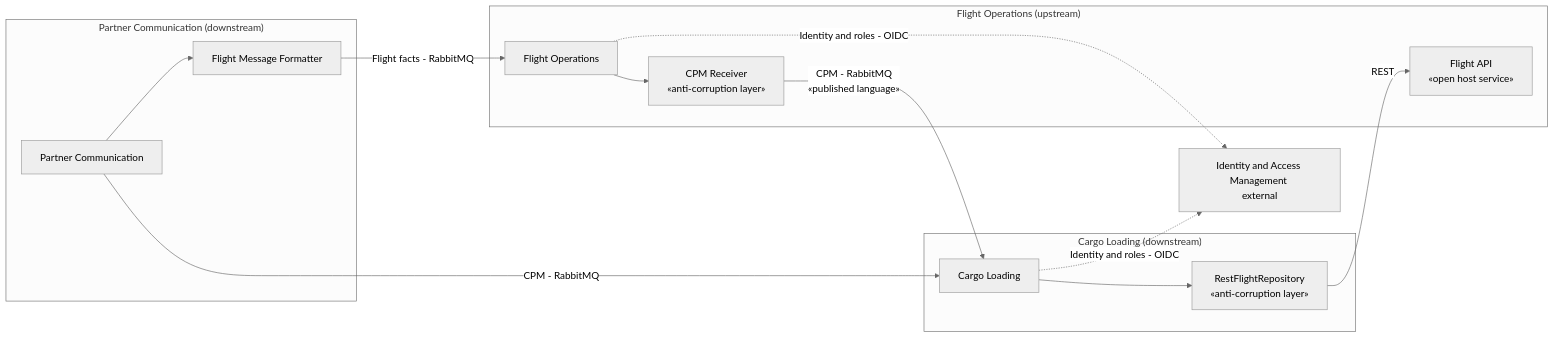
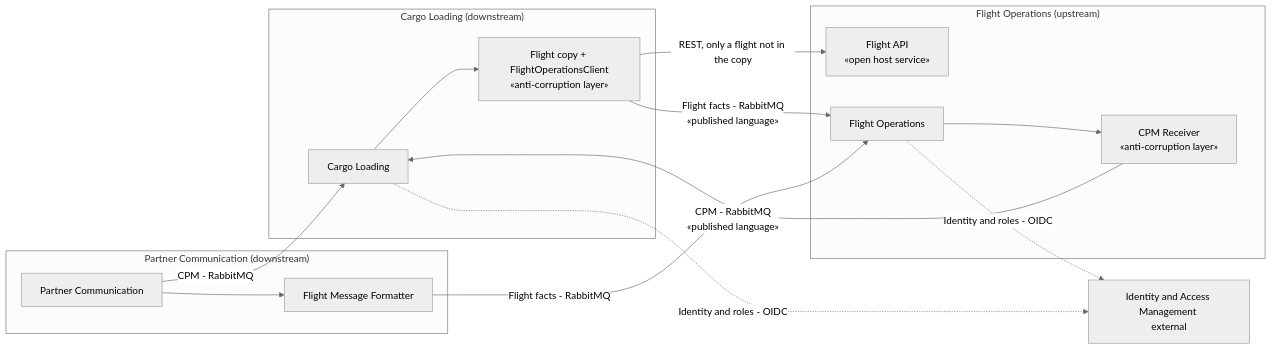
Before and after one commit to ebhd/air-freight-operations: the second of 9 diagrams in architecture/analyse.md, drawn with Mermaid (neutral theme). The commit also changed other lines of this file and 1 other file, not shown here.

Commit message:
Document Flight's events to Cargo in the analysis and README (#14)

````diff
--- a/architecture/analyse.md
+++ b/architecture/analyse.md
@@ -58,36 +58,37 @@
 ```mermaid
 flowchart LR
 
     subgraph CL_CTX["Cargo Loading (downstream)"]
         CL["Cargo Loading"]
-        FlightACL["RestFlightRepository<br/>«anti-corruption layer»"]
+        FlightACL["Flight copy + FlightOperationsClient<br/>«anti-corruption layer»"]
 
         CL --> FlightACL
     end
 
     subgraph FO_CTX["Flight Operations (upstream)"]
         FlightAPI["Flight API<br/>«open host service»"]
         FO["Flight Operations"]
         CPMReceiver["CPM Receiver<br/>«anti-corruption layer»"]
 
         FO --> CPMReceiver
     end
 
     subgraph PC_CTX["Partner Communication (downstream)"]
         PC["Partner Communication"]
         FlightFormatter["Flight Message Formatter"]
 
         PC --> FlightFormatter
     end
 
     IAM["Identity and Access Management <br/>external"]
 
-    FlightACL -->|"REST"| FlightAPI
+    FlightACL -->|"REST, only a flight not in the copy"| FlightAPI
+    FlightACL -->|"Flight facts - RabbitMQ<br/>«published language»"| FO
 
     CPMReceiver -->|"CPM - RabbitMQ<br/>«published language»"| CL
 
     FlightFormatter -->|"Flight facts - RabbitMQ"| FO
     PC -->|"CPM - RabbitMQ"| CL
     FO -.->|"Identity and roles - OIDC"| IAM
     CL -.->|"Identity and roles - OIDC"| IAM
 ```
````
